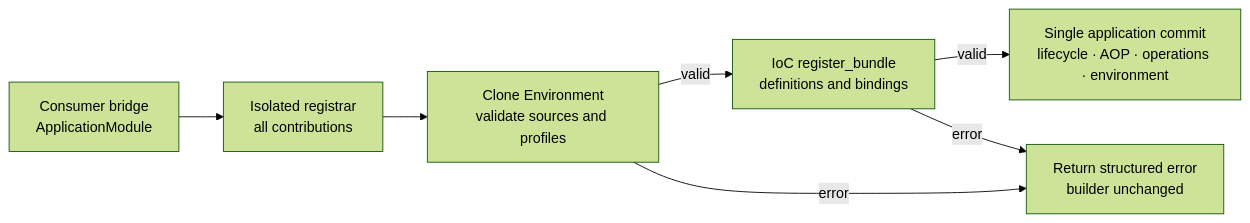
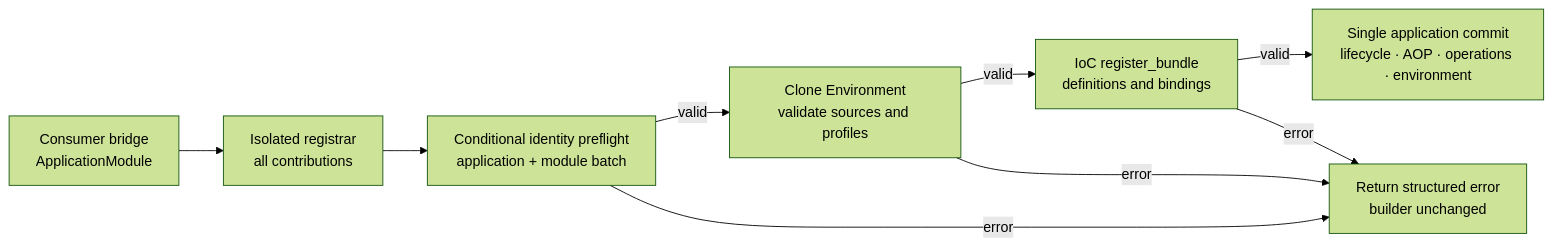
Before and after one commit to easy-4-rust/vernal: diagram 11 of 21 in docs/Vernal-Architecture.md, drawn with Mermaid (forest theme). The commit also changed other lines of this file and 11 other files, not shown here.

Commit message:
feat(context): compose conditional application modules

````diff
--- a/docs/Vernal-Architecture.md
+++ b/docs/Vernal-Architecture.md
@@ -734,16 +741,19 @@
 ```mermaid
 flowchart LR
     Bridge["Consumer bridge<br/>ApplicationModule"]
     Stage["Isolated registrar<br/>all contributions"]
+    Condition["Conditional identity preflight<br/>application + module batch"]
     Env["Clone Environment<br/>validate sources and profiles"]
     Bundle["IoC register_bundle<br/>definitions and bindings"]
     Commit["Single application commit<br/>lifecycle · AOP · operations · environment"]
     Rollback["Return structured error<br/>builder unchanged"]
 
     Bridge --> Stage
-    Stage --> Env
+    Stage --> Condition
+    Condition -->|"valid"| Env
+    Condition -->|"error"| Rollback
     Env -->|"valid"| Bundle
     Env -->|"error"| Rollback
     Bundle -->|"valid"| Commit
     Bundle -->|"error"| Rollback
 ```
````
